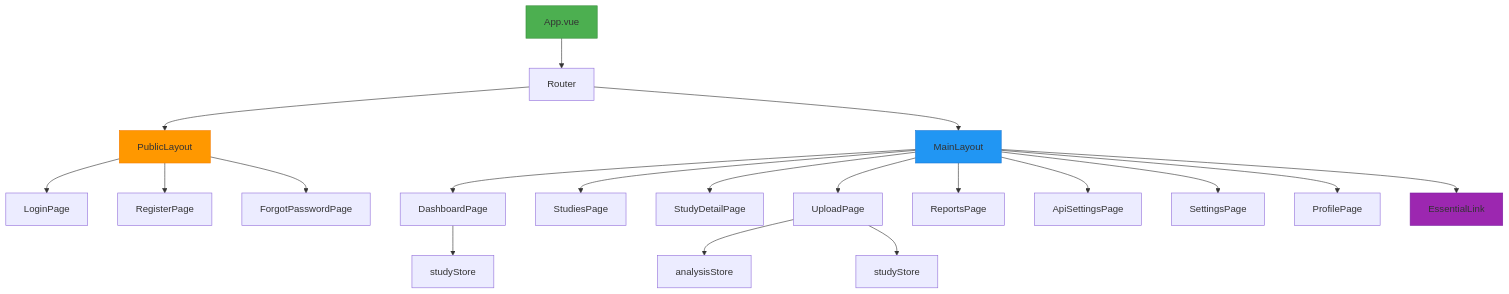
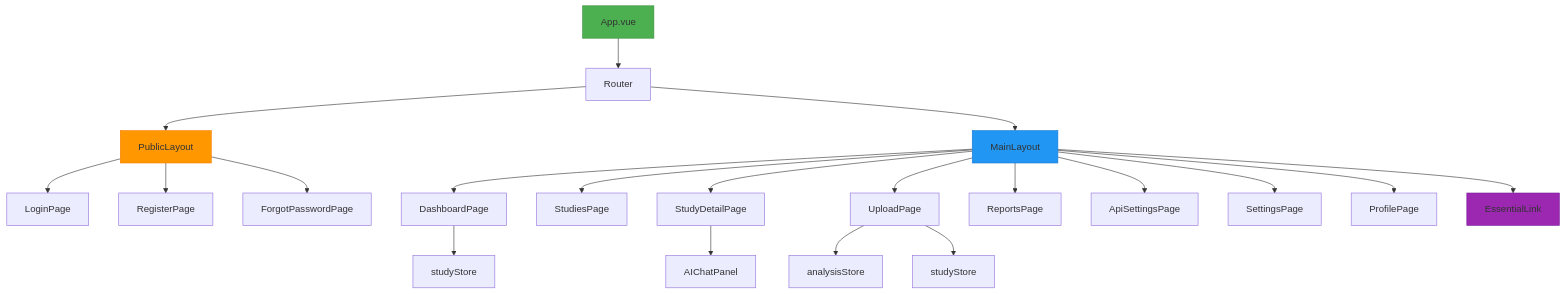
The tenth of 10 diagrams in wiki/前端架构/组件架构.md (xingranya/CervixDetectAI), drawn with Mermaid before and after one commit. The commit also changed other lines of this file and 9 other files, not shown here.

````diff
--- a/wiki/前端架构/组件架构.md
+++ b/wiki/前端架构/组件架构.md
@@ -515,25 +550,26 @@
 ```mermaid
 graph TD
 A[App.vue] --> B[Router]
 B --> C[PublicLayout]
 B --> D[MainLayout]
 C --> E[LoginPage]
 C --> F[RegisterPage]
 C --> G[ForgotPasswordPage]
 D --> H[DashboardPage]
 D --> I[StudiesPage]
 D --> J[StudyDetailPage]
 D --> K[UploadPage]
 D --> L[ReportsPage]
 D --> M[ApiSettingsPage]
 D --> N[SettingsPage]
 D --> O[ProfilePage]
 D --> P[EssentialLink]
+J --> T[AIChatPanel]
 H --> Q[studyStore]
 K --> R[analysisStore]
 K --> S[studyStore]
 style A fill:#4CAF50,stroke:#388E3C
 style D fill:#2196F3,stroke:#1976D2
 style C fill:#FF9800,stroke:#F57C00
 style P fill:#9C27B0,stroke:#7B1FA2
 ```
````
